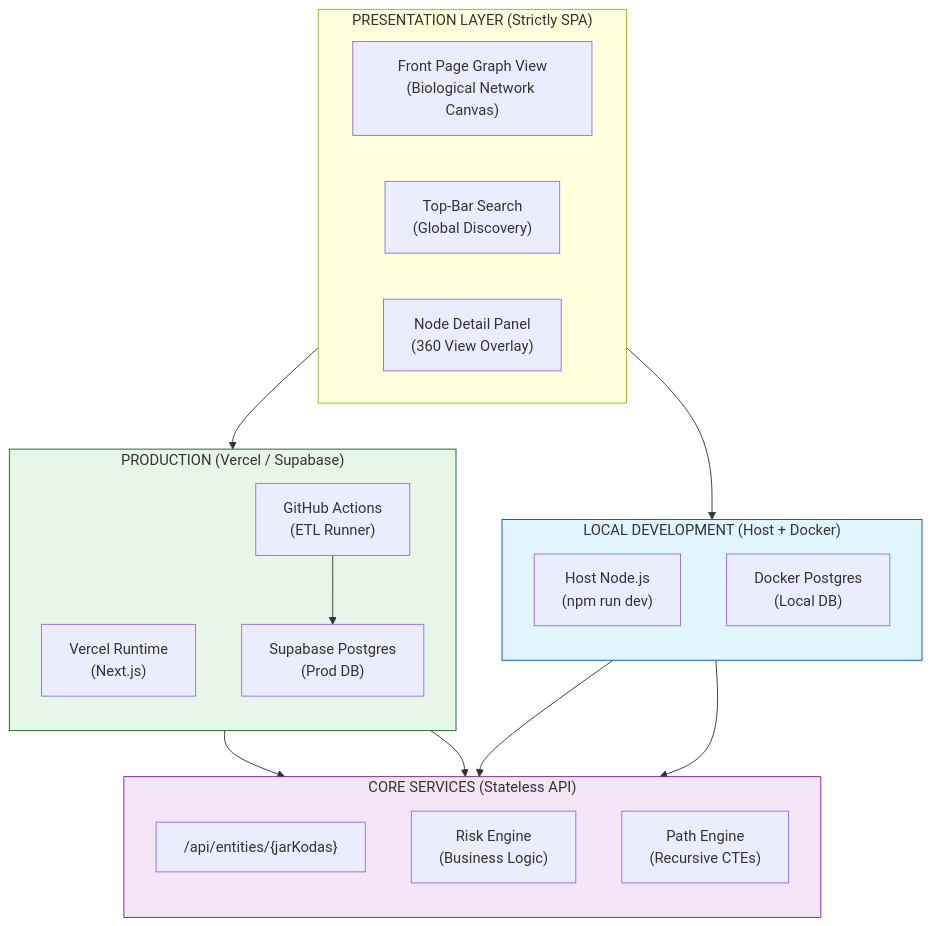
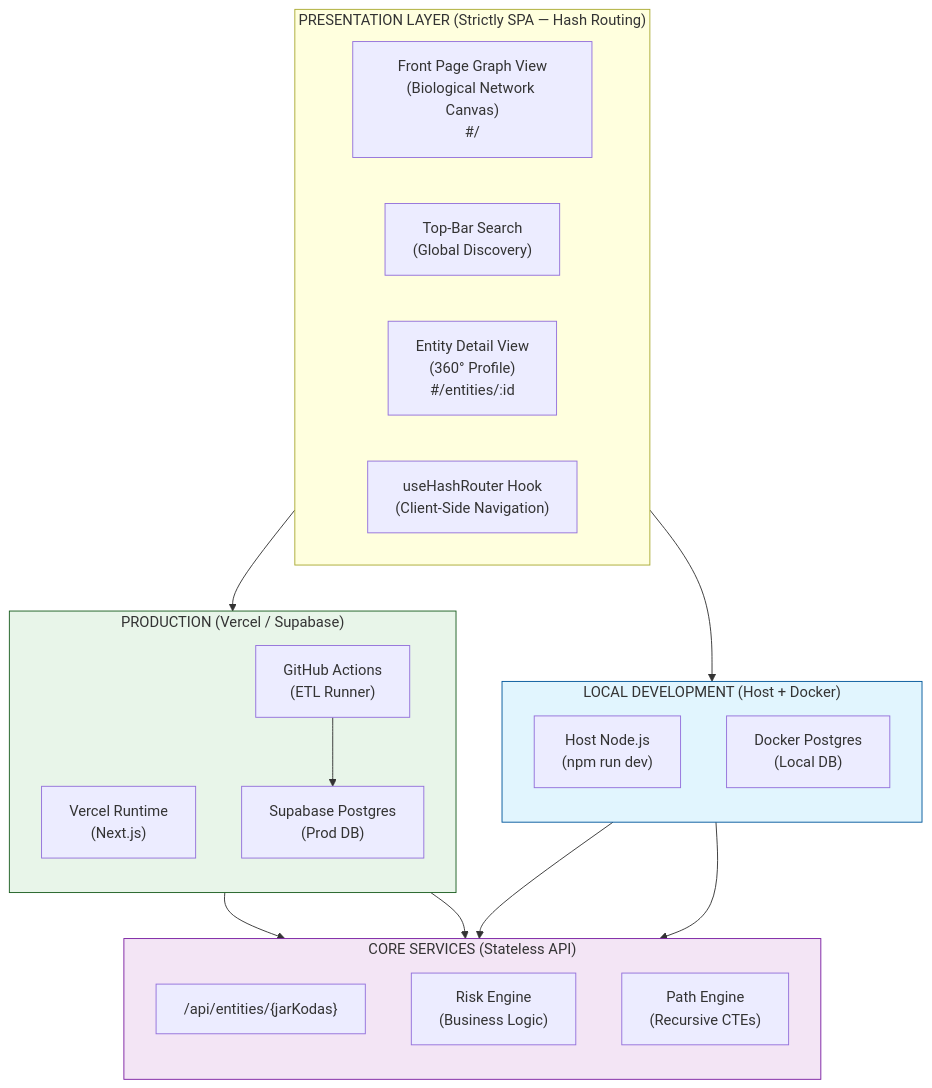
The second of 7 diagrams in docs/ARCHITECTURE.md (rimvydasb/risk-intelligence), drawn with Mermaid before and after one commit. The commit also changed other lines of this file and 1 other file, not shown here.

Commit message:
implement hash-based routing for single-page application; update architecture documentation and add routing story

````diff
--- a/docs/ARCHITECTURE.md
+++ b/docs/ARCHITECTURE.md
@@ -448,41 +448,42 @@
 ```mermaid
 graph TB
     subgraph LOCAL["LOCAL DEVELOPMENT (Host + Docker)"]
         direction TB
         NH["Host Node.js<br/>(npm run dev)"]
         LD["Docker Postgres<br/>(Local DB)"]
     end
 
     subgraph PROD["PRODUCTION (Vercel / Supabase)"]
         direction TB
         VH["Vercel Runtime<br/>(Next.js)"]
         GA["GitHub Actions<br/>(ETL Runner)"]
         SD["Supabase Postgres<br/>(Prod DB)"]
     end
 
-    subgraph PRESENTATION["PRESENTATION LAYER (Strictly SPA)"]
+    subgraph PRESENTATION["PRESENTATION LAYER (Strictly SPA — Hash Routing)"]
         direction LR
-        GV["Front Page Graph View<br/>(Biological Network Canvas)"]
+        GV["Front Page Graph View<br/>(Biological Network Canvas)<br/>#/"]
         SEARCH["Top-Bar Search<br/>(Global Discovery)"]
-        ED["Node Detail Panel<br/>(360 View Overlay)"]
+        ED["Entity Detail View<br/>(360° Profile)<br/>#/entities/:id"]
+        HR["useHashRouter Hook<br/>(Client-Side Navigation)"]
     end
 
     subgraph CORE_SERVICES["CORE SERVICES (Stateless API)"]
         direction TB
         A1["/api/entities/{jarKodas}"]
         RS["Risk Engine<br/>(Business Logic)"]
         PE["Path Engine<br/>(Recursive CTEs)"]
     end
 
     PRESENTATION --> VH
     PRESENTATION --> NH
     VH --> CORE_SERVICES
     NH --> CORE_SERVICES
     GA --> SD
     SD --> CORE_SERVICES
     LD --> CORE_SERVICES
 
     style LOCAL fill:#e1f5fe,stroke:#01579b
     style PROD fill:#e8f5e9,stroke:#1b5e20
     style CORE_SERVICES fill:#f3e5f5,stroke:#7b1fa2
 ```
````
